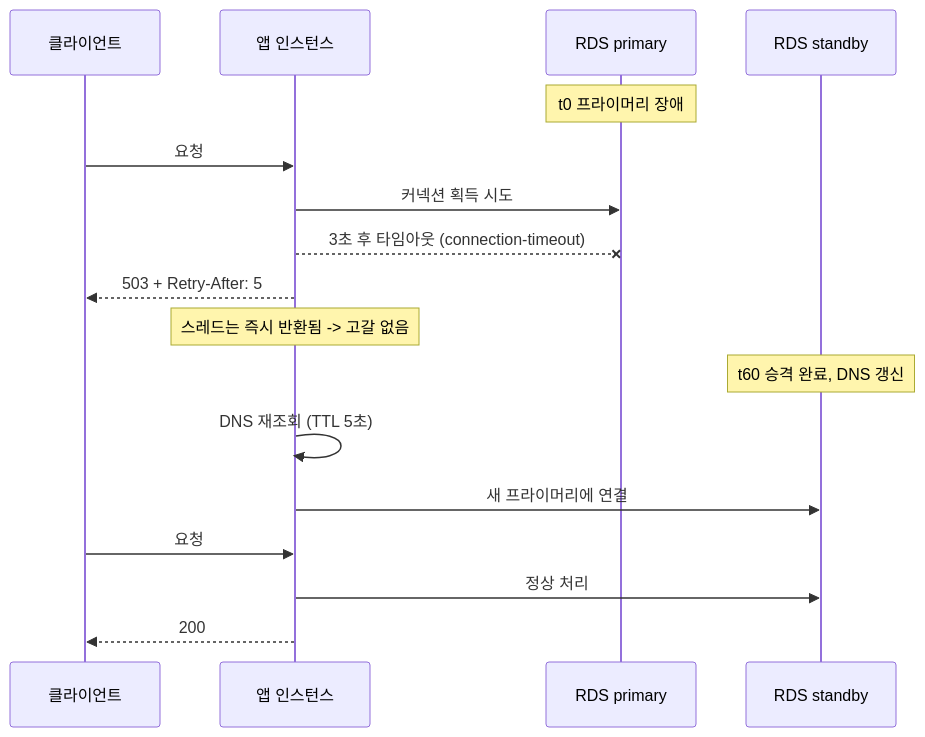
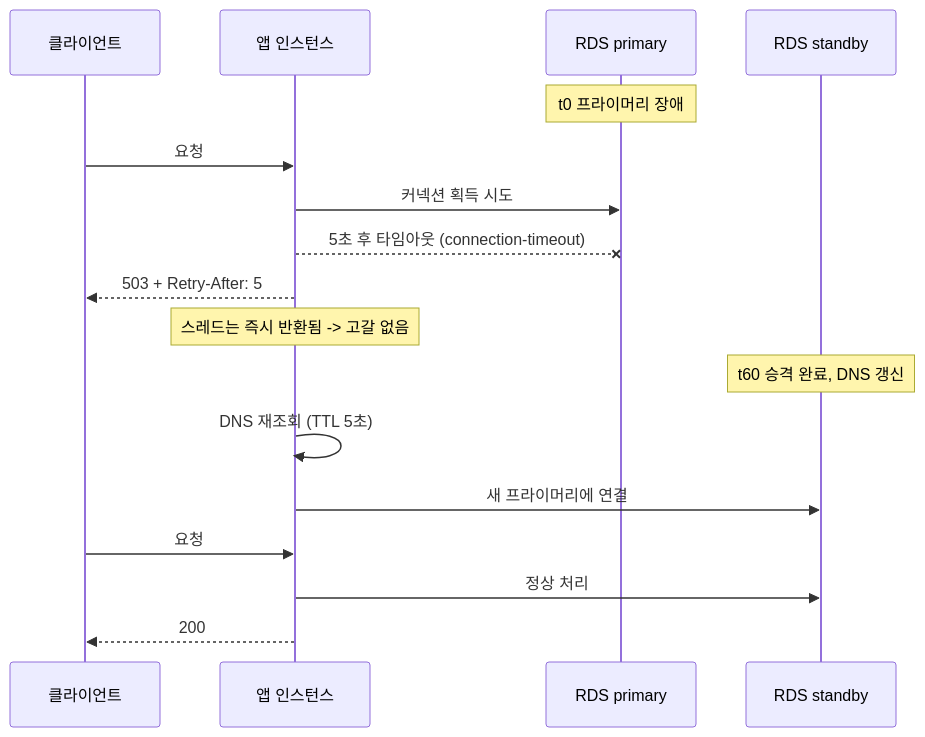
Before and after one commit to lunch-catch/lc-infra: the fifth of 10 diagrams in docs/system-design/백엔드공통_시스템디자인_종합.md, drawn with Mermaid. The commit also changed other lines of this file and 4 other files, not shown here.

Commit message:
docs: Hikari connection-timeout 확정값을 앱에 맞춰 5초로 고친다 (#215)

````diff
--- a/docs/system-design/백엔드공통_시스템디자인_종합.md
+++ b/docs/system-design/백엔드공통_시스템디자인_종합.md
@@ -323,20 +323,20 @@
 ```mermaid
 sequenceDiagram
     participant C as 클라이언트
     participant S as 앱 인스턴스
     participant P as RDS primary
     participant T as RDS standby
 
     Note over P: t0 프라이머리 장애
     C->>S: 요청
     S->>P: 커넥션 획득 시도
-    S--xP: 3초 후 타임아웃 (connection-timeout)
+    S--xP: 5초 후 타임아웃 (connection-timeout)
     S-->>C: 503 + Retry-After: 5
     Note over S: 스레드는 즉시 반환됨 -> 고갈 없음
     Note over T: t60 승격 완료, DNS 갱신
     S->>S: DNS 재조회 (TTL 5초)
     S->>T: 새 프라이머리에 연결
     C->>S: 요청
     S->>T: 정상 처리
     S-->>C: 200
 ```
````
